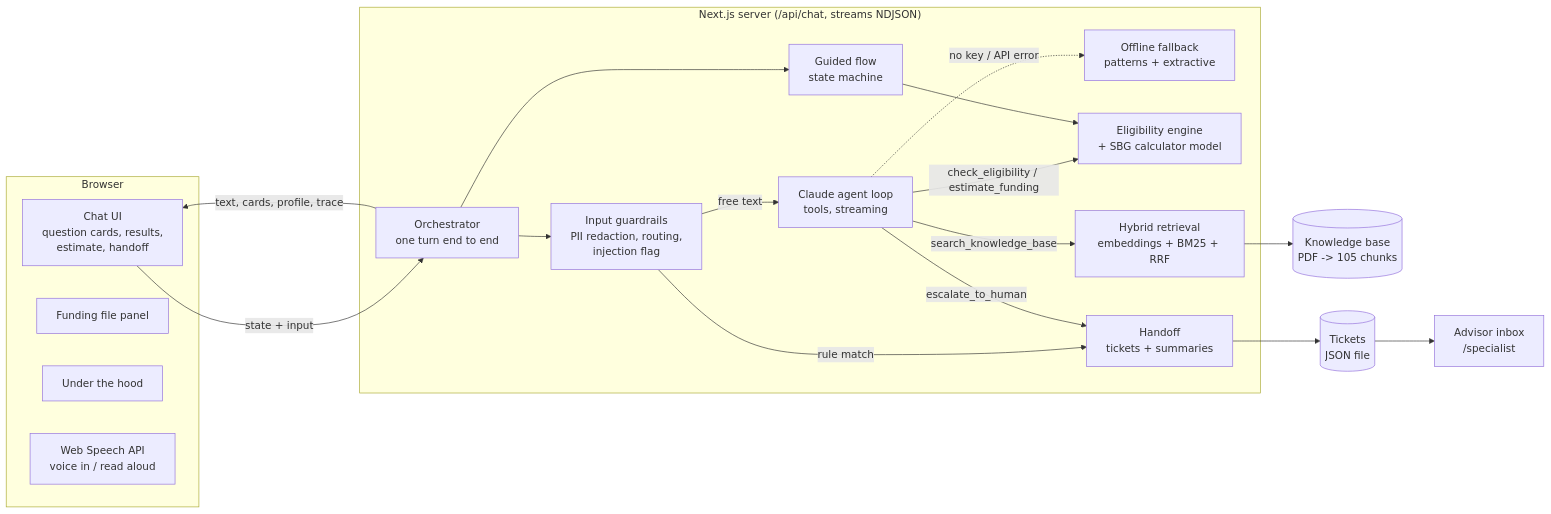
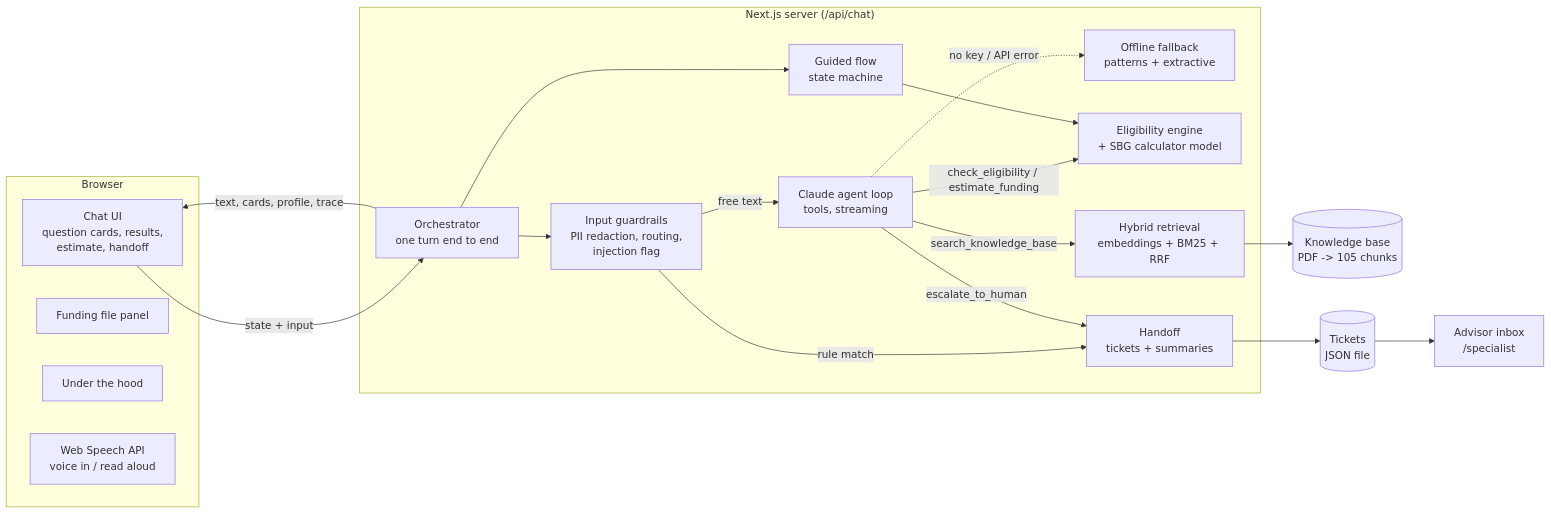
One commit to vineet-channe/SBG-ChatBot changed the diagram in README.md. Above: the diagram before and after it, drawn with Mermaid. The commit also changed other lines of this file and 6 other files, not shown here.

````diff
--- a/README.md
+++ b/README.md
@@ -64,39 +64,39 @@
 ```mermaid
 flowchart LR
   subgraph Browser
     UI[Chat UI<br/>question cards, results,<br/>estimate, handoff]
     FF[Funding file panel]
     INS[Under the hood]
     VOICE[Web Speech API<br/>voice in / read aloud]
   end
 
-  subgraph "Next.js server (/api/chat, streams NDJSON)"
+  subgraph "Next.js server (/api/chat)"
     ORCH[Orchestrator<br/>one turn end to end]
     GUARD[Input guardrails<br/>PII redaction, routing,<br/>injection flag]
     FLOW[Guided flow<br/>state machine]
     AGENT[Claude agent loop<br/>tools, streaming]
     OFF[Offline fallback<br/>patterns + extractive]
     ENGINE[Eligibility engine<br/>+ SBG calculator model]
     RAG[Hybrid retrieval<br/>embeddings + BM25 + RRF]
     HAND[Handoff<br/>tickets + summaries]
   end
 
   KB[(Knowledge base<br/>PDF -> 105 chunks)]
   STORE[(Tickets<br/>JSON file)]
   INBOX[Advisor inbox<br/>/specialist]
 
   UI -- "state + input" --> ORCH
   ORCH --> GUARD
   GUARD -- "rule match" --> HAND
   GUARD -- "free text" --> AGENT
   AGENT -. "no key / API error" .-> OFF
   AGENT -- "search_knowledge_base" --> RAG
   AGENT -- "check_eligibility / estimate_funding" --> ENGINE
   AGENT -- "escalate_to_human" --> HAND
   ORCH --> FLOW
   FLOW --> ENGINE
   RAG --> KB
   HAND --> STORE
   STORE --> INBOX
   ORCH -- "text, cards, profile, trace" --> UI
 ```
````
